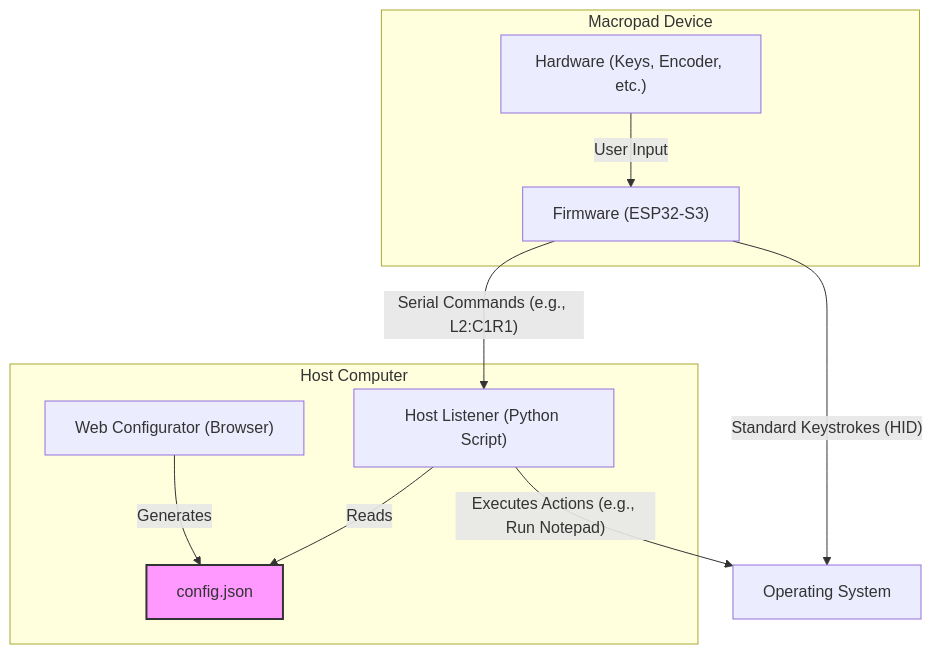
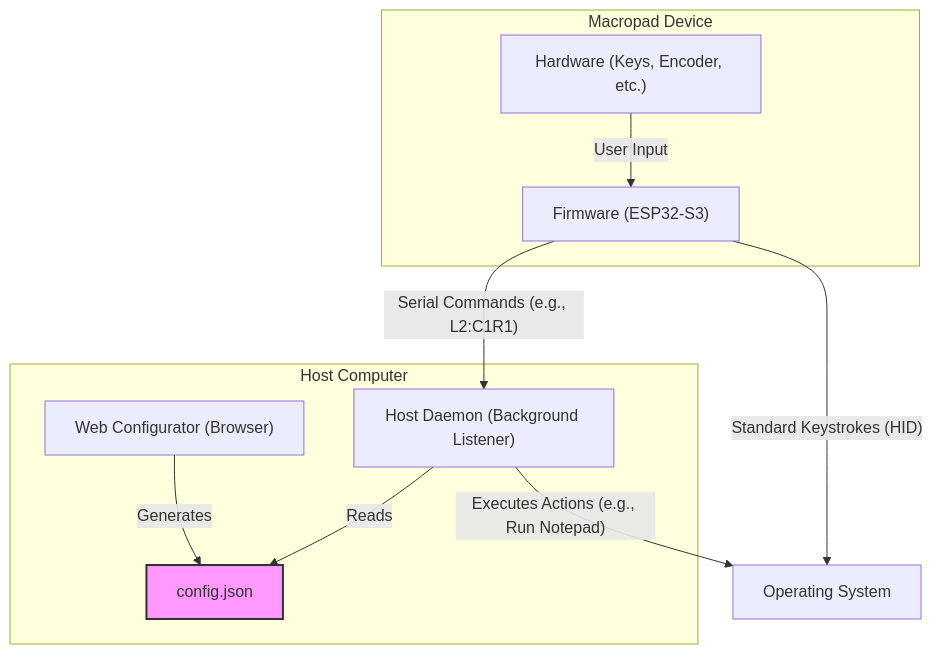
One commit to not-sample-text/Proiect-Licenta changed the diagram in docs/Documentation.md. Above: the diagram before and after it, drawn with Mermaid. The commit also changed other lines of this file and 44 other files, not shown here.

Commit message:
docs: update technical documentation and workflow for v1.0.0 architecture

````diff
--- a/docs/Documentation.md
+++ b/docs/Documentation.md
@@ -13,19 +33,21 @@
 ```mermaid
 graph TD
     subgraph "Host Computer"
         A["Web Configurator (Browser)"] -->|Generates| B["config.json"];
-        C["Host Listener (Python Script)"] -->|Reads| B;
+        C["Host Daemon (Background Listener)"] -->|Reads| B;
     end
 
     subgraph "Macropad Device"
         D["Firmware (ESP32-S3)"]
         E["Hardware (Keys, Encoder, etc.)"]
     end
 
     E -- "User Input" --> D;
     D -- "Standard Keystrokes (HID)" --> F["Operating System"];
     D -- "Serial Commands (e.g., L2:C1R1)" --> C;
     C -- "Executes Actions (e.g., Run Notepad)" --> F;
 
     style B fill:#f9f,stroke:#333,stroke-width:2px
+
+
 ```
````
